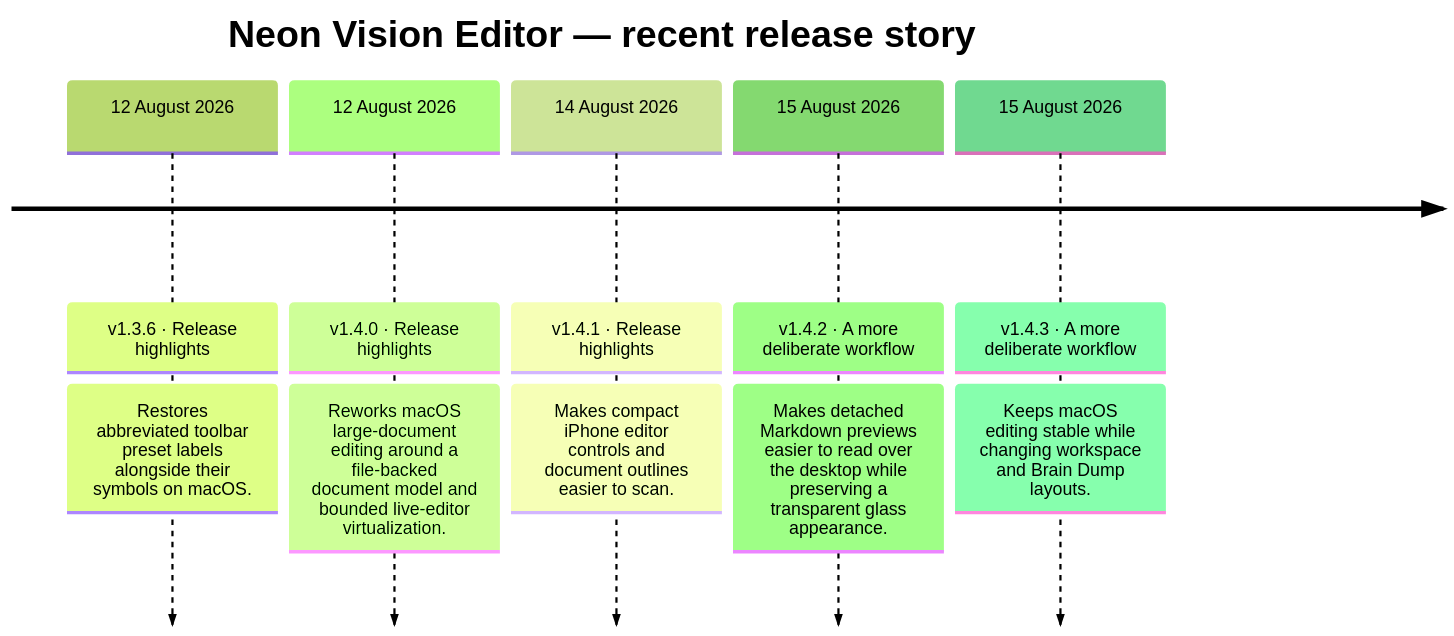
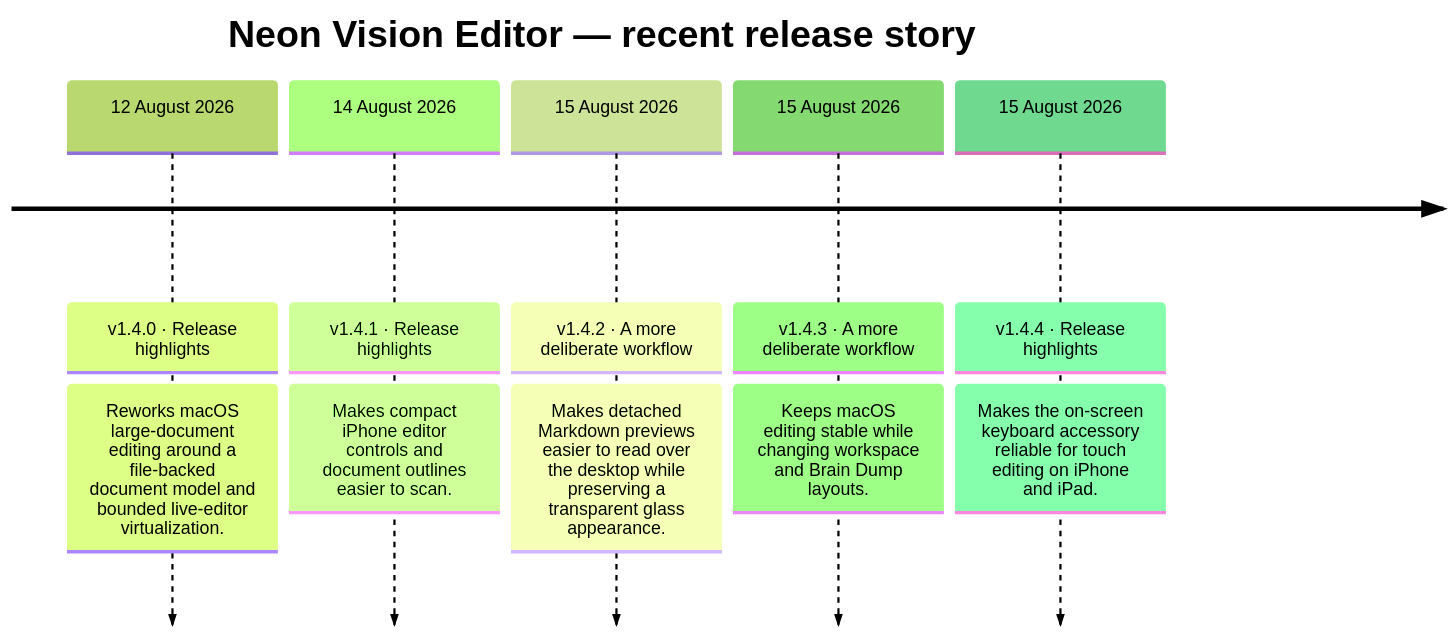
One commit to h3pdesign/Neon-Vision-Editor changed the second of 2 diagrams in README.md. Above: the diagram before and after it, drawn with Mermaid (forest theme). The commit also changed other lines of this file and 10 other files, not shown here.

````diff
--- a/README.md
+++ b/README.md
@@ -767,14 +766,14 @@
 ```mermaid
 timeline
     title Neon Vision Editor — recent release story
-    12 August 2026 : v1.3.6 · Release highlights
-                : Restores abbreviated toolbar preset labels alongside their symbols on macOS.
     12 August 2026 : v1.4.0 · Release highlights
                 : Reworks macOS large-document editing around a file-backed document model and bounded live-editor virtualization.
     14 August 2026 : v1.4.1 · Release highlights
                 : Makes compact iPhone editor controls and document outlines easier to scan.
     15 August 2026 : v1.4.2 · A more deliberate workflow
                 : Makes detached Markdown previews easier to read over the desktop while preserving a transparent glass appearance.
     15 August 2026 : v1.4.3 · A more deliberate workflow
                 : Keeps macOS editing stable while changing workspace and Brain Dump layouts.
+    15 August 2026 : v1.4.4 · Release highlights
+                : Makes the on-screen keyboard accessory reliable for touch editing on iPhone and iPad.
 ```
````
